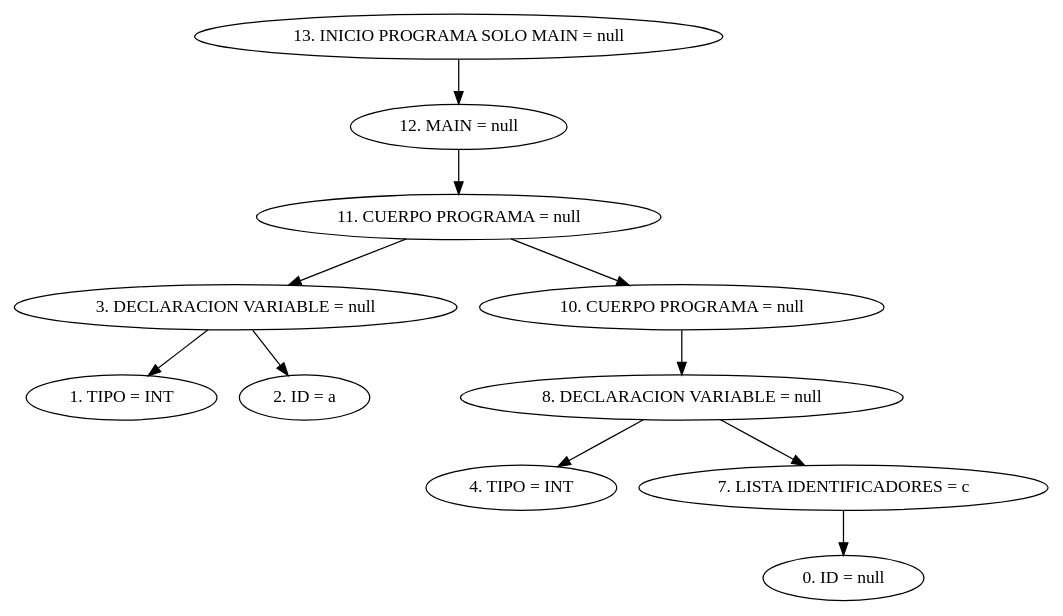
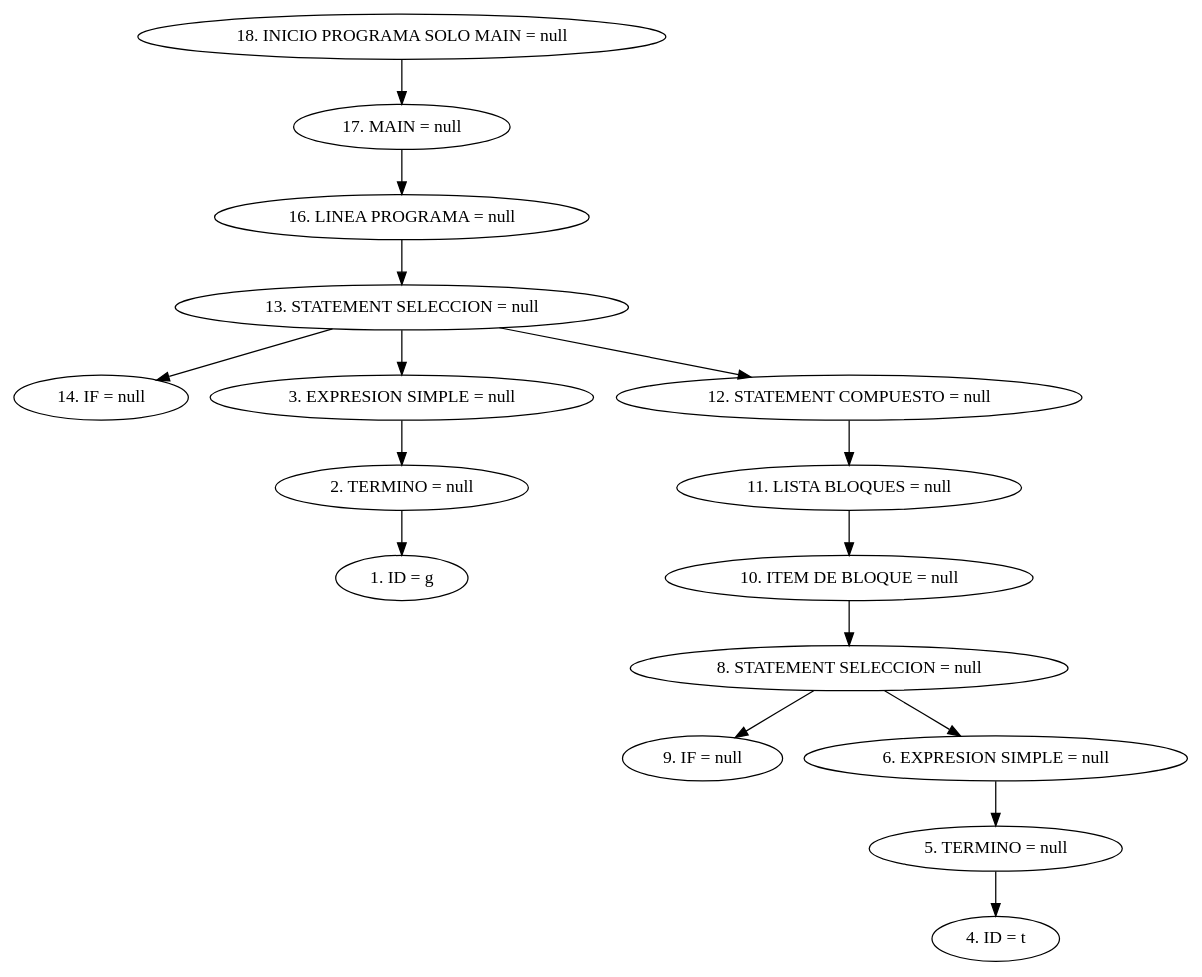
Before and after one commit to m-rojas18/Proyecto_Compi1_Miguel_Jamil: the diagram in AST.dot, drawn with Graphviz. The commit also changed 30 other files, not shown here.

```diff
--- a/AST.dot
+++ b/AST.dot
@@ -1,14 +1,19 @@
 digraph G {
-"13. INICIO PROGRAMA SOLO MAIN = null"->"12. MAIN = null"
-"12. MAIN = null"->"11. CUERPO PROGRAMA = null"
-"11. CUERPO PROGRAMA = null"->"3. DECLARACION VARIABLE = null"
-"3. DECLARACION VARIABLE = null"->"1. TIPO = INT"
-"3. DECLARACION VARIABLE = null"->"2. ID = a"
-"11. CUERPO PROGRAMA = null"->"10. CUERPO PROGRAMA = null"
-"10. CUERPO PROGRAMA = null"->"8. DECLARACION VARIABLE = null"
-"8. DECLARACION VARIABLE = null"->"4. TIPO = INT"
-"8. DECLARACION VARIABLE = null"->"7. LISTA IDENTIFICADORES = c"
-"7. LISTA IDENTIFICADORES = c"->"0. ID = null"
+"18. INICIO PROGRAMA SOLO MAIN = null"->"17. MAIN = null"
+"17. MAIN = null"->"16. LINEA PROGRAMA = null"
+"16. LINEA PROGRAMA = null"->"13. STATEMENT SELECCION = null"
+"13. STATEMENT SELECCION = null"->"14. IF = null"
+"13. STATEMENT SELECCION = null"->"3. EXPRESION SIMPLE = null"
+"3. EXPRESION SIMPLE = null"->"2. TERMINO = null"
+"2. TERMINO = null"->"1. ID = g"
+"13. STATEMENT SELECCION = null"->"12. STATEMENT COMPUESTO = null"
+"12. STATEMENT COMPUESTO = null"->"11. LISTA BLOQUES = null"
+"11. LISTA BLOQUES = null"->"10. ITEM DE BLOQUE = null"
+"10. ITEM DE BLOQUE = null"->"8. STATEMENT SELECCION = null"
+"8. STATEMENT SELECCION = null"->"9. IF = null"
+"8. STATEMENT SELECCION = null"->"6. EXPRESION SIMPLE = null"
+"6. EXPRESION SIMPLE = null"->"5. TERMINO = null"
+"5. TERMINO = null"->"4. ID = t"
 
 
 }
```
